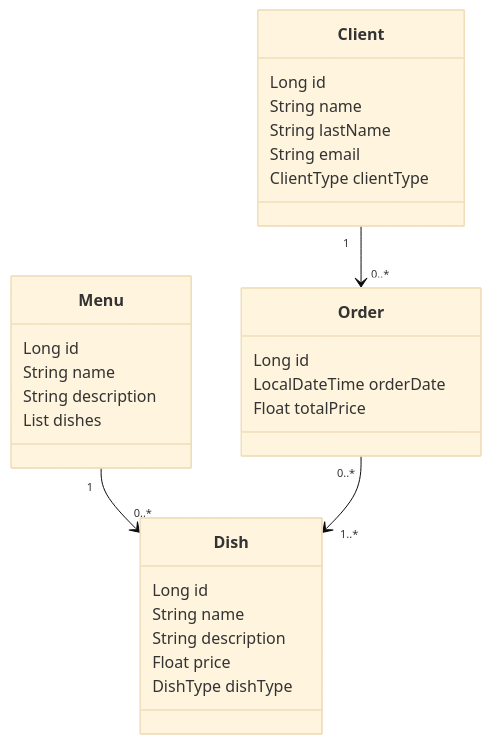
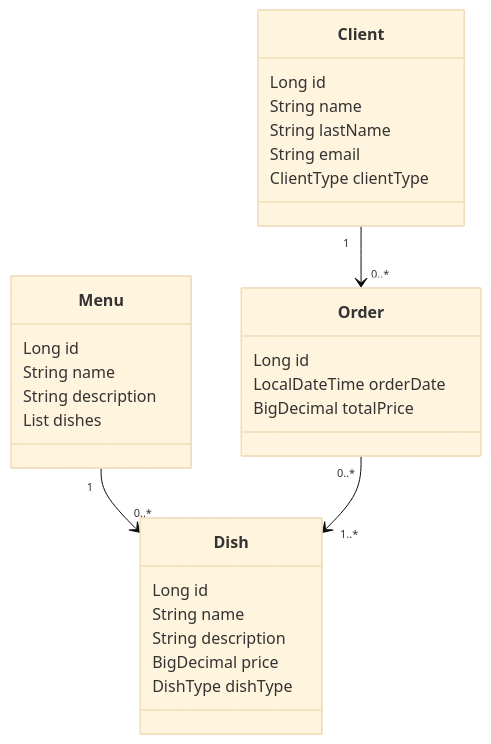
One commit to NahuLemesF/restaurant_management changed the first of 2 diagrams in README.md. Above: the diagram before and after it, drawn with Mermaid (base theme). The commit also changed 17 other files, not shown here.

````diff
--- a/README.md
+++ b/README.md
@@ -132,35 +132,35 @@
 ```mermaid
 classDiagram
     class Menu {
         Long id
         String name
         String description
         List<Dish> dishes
     }
 
     class Dish {
         Long id
         String name
         String description
-        Float price
+        BigDecimal price
         DishType dishType
     }
 
     class Order {
         Long id
         LocalDateTime orderDate
-        Float totalPrice
+        BigDecimal totalPrice
     }
 
     class Client {
         Long id
         String name
         String lastName
         String email
         ClientType clientType
     }
 
     Menu "1" --> "0..*" Dish
     Client "1" --> "0..*" Order
     Order "0..*" --> "1..*" Dish
 ```
````
